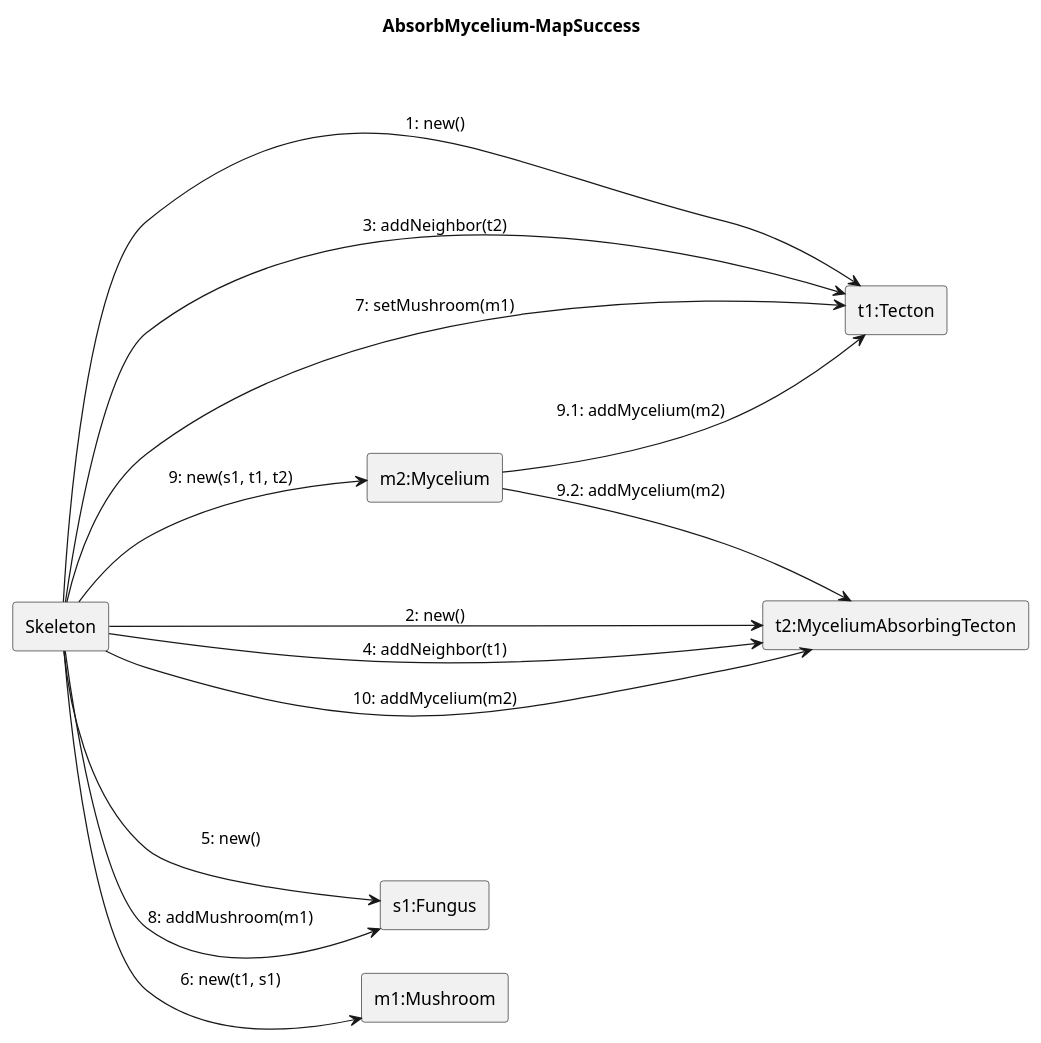
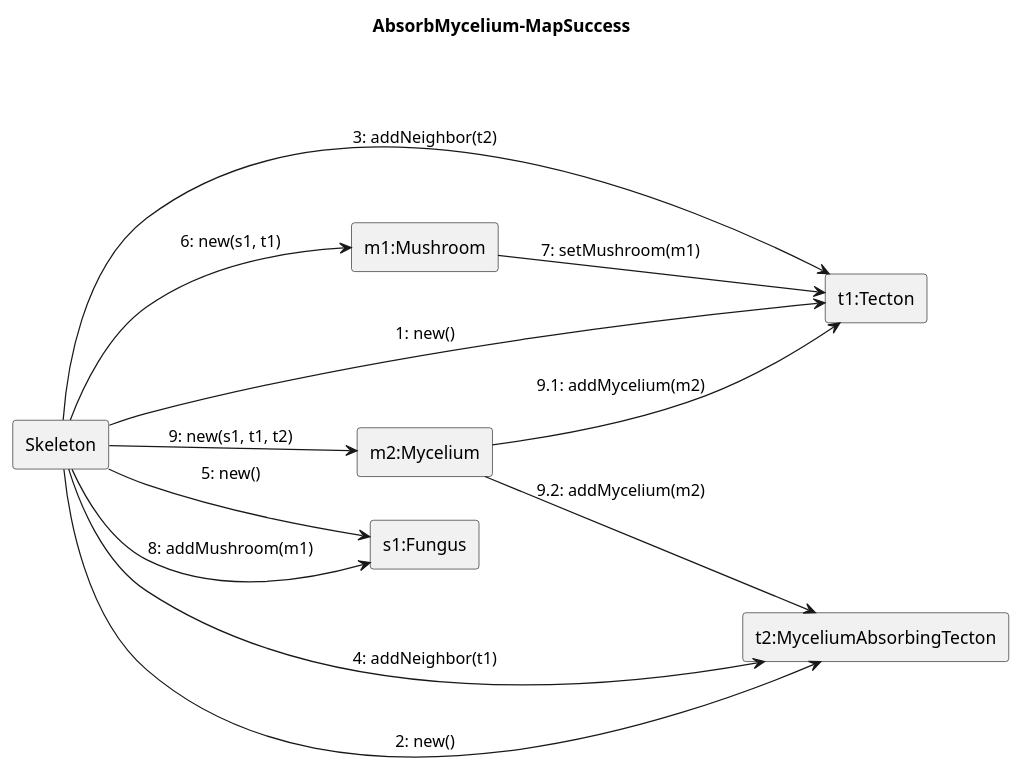
The diagram in Skeleton/Absorb-mycelium/map-success.puml (ZD4ve/projlab-error521), drawn with PlantUML before and after one commit. The commit also changed 4 other files, not shown here.

```diff
--- a/Skeleton/Absorb-mycelium/map-success.puml
+++ b/Skeleton/Absorb-mycelium/map-success.puml
@@ -1,26 +1,25 @@
 @startuml Absorb-mycelium/map-success
 left to right direction
 title AbsorbMycelium-MapSuccess
 
 rectangle Skeleton
 
 rectangle "t1:Tecton" as t1
 rectangle "t2:MyceliumAbsorbingTecton" as t2
 rectangle "s1:Fungus" as s1
 rectangle "m1:Mushroom" as m1
 rectangle "m2:Mycelium" as m2
 
 Skeleton --> t1: 1: new()
 Skeleton --> t2: 2: new()
 Skeleton --> t1: 3: addNeighbor(t2)
 Skeleton --> t2: 4: addNeighbor(t1)
 Skeleton --> s1 : 5: new()
-Skeleton --> m1: 6: new(t1, s1)
-Skeleton --> t1 : 7: setMushroom(m1)
+Skeleton --> m1: 6: new(s1, t1)
+m1 --> t1 : 7: setMushroom(m1)
 Skeleton --> s1: 8: addMushroom(m1)
 Skeleton --> m2: 9: new(s1, t1, t2)
 m2 --> t1 : 9.1: addMycelium(m2)
 m2 --> t2 : 9.2: addMycelium(m2)
-Skeleton --> t2: 10: addMycelium(m2)
 
 @enduml
```
